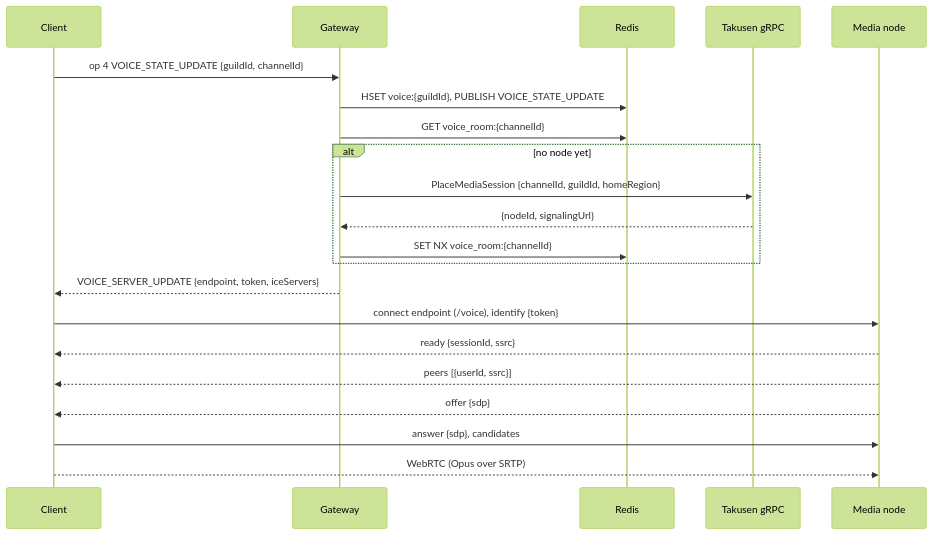
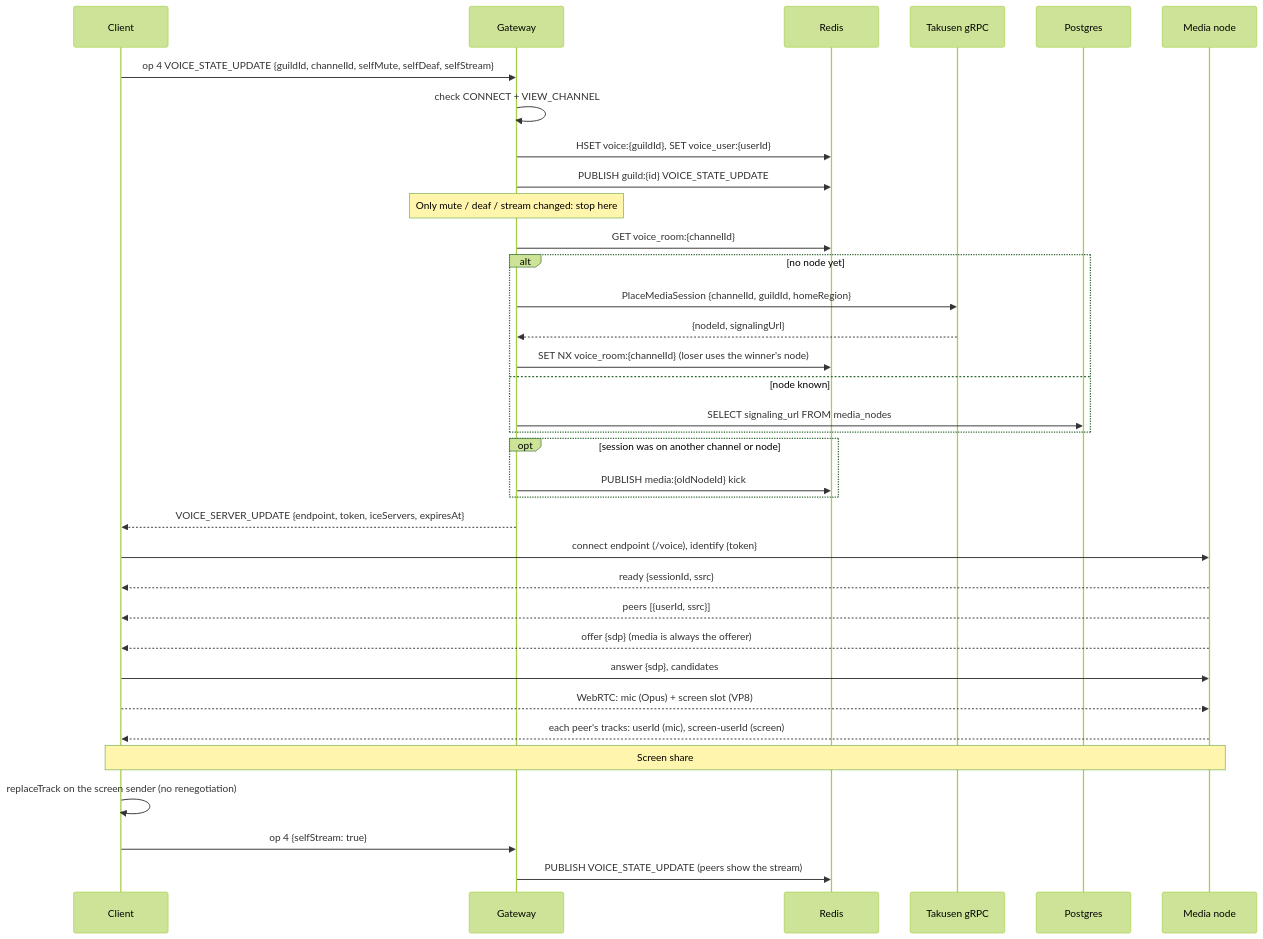
Before and after one commit to dan-hummelstad/hachiman: the third of 4 diagrams in README.md, drawn with Mermaid (forest theme). The commit also changed other lines of this file and 32 other files, not shown here.

````diff
--- a/README.md
+++ b/README.md
@@ -87,24 +126,39 @@
 ```mermaid
 sequenceDiagram
   participant C as Client
   participant G as Gateway
   participant R as Redis
   participant OG as Takusen gRPC
+  participant PG as Postgres
   participant M as Media node
 
-  C->>G: op 4 VOICE_STATE_UPDATE {guildId, channelId}
-  G->>R: HSET voice:{guildId}, PUBLISH VOICE_STATE_UPDATE
+  C->>G: op 4 VOICE_STATE_UPDATE {guildId, channelId, selfMute, selfDeaf, selfStream}
+  G->>G: check CONNECT + VIEW_CHANNEL
+  G->>R: HSET voice:{guildId}, SET voice_user:{userId}
+  G->>R: PUBLISH guild:{id} VOICE_STATE_UPDATE
+  Note over G: Only mute / deaf / stream changed: stop here
   G->>R: GET voice_room:{channelId}
   alt no node yet
     G->>OG: PlaceMediaSession {channelId, guildId, homeRegion}
     OG-->>G: {nodeId, signalingUrl}
-    G->>R: SET NX voice_room:{channelId}
+    G->>R: SET NX voice_room:{channelId} (loser uses the winner's node)
+  else node known
+    G->>PG: SELECT signaling_url FROM media_nodes
   end
-  G-->>C: VOICE_SERVER_UPDATE {endpoint, token, iceServers}
+  opt session was on another channel or node
+    G->>R: PUBLISH media:{oldNodeId} kick
+  end
+  G-->>C: VOICE_SERVER_UPDATE {endpoint, token, iceServers, expiresAt}
   C->>M: connect endpoint (/voice), identify {token}
   M-->>C: ready {sessionId, ssrc}
   M-->>C: peers [{userId, ssrc}]
-  M-->>C: offer {sdp}
+  M-->>C: offer {sdp} (media is always the offerer)
   C->>M: answer {sdp}, candidates
-  C-->>M: WebRTC (Opus over SRTP)
+  C-->>M: WebRTC: mic (Opus) + screen slot (VP8)
+  M-->>C: each peer's tracks: userId (mic), screen-userId (screen)
+
+  Note over C,M: Screen share
+  C->>C: replaceTrack on the screen sender (no renegotiation)
+  C->>G: op 4 {selfStream: true}
+  G->>R: PUBLISH VOICE_STATE_UPDATE (peers show the stream)
 ```
````
